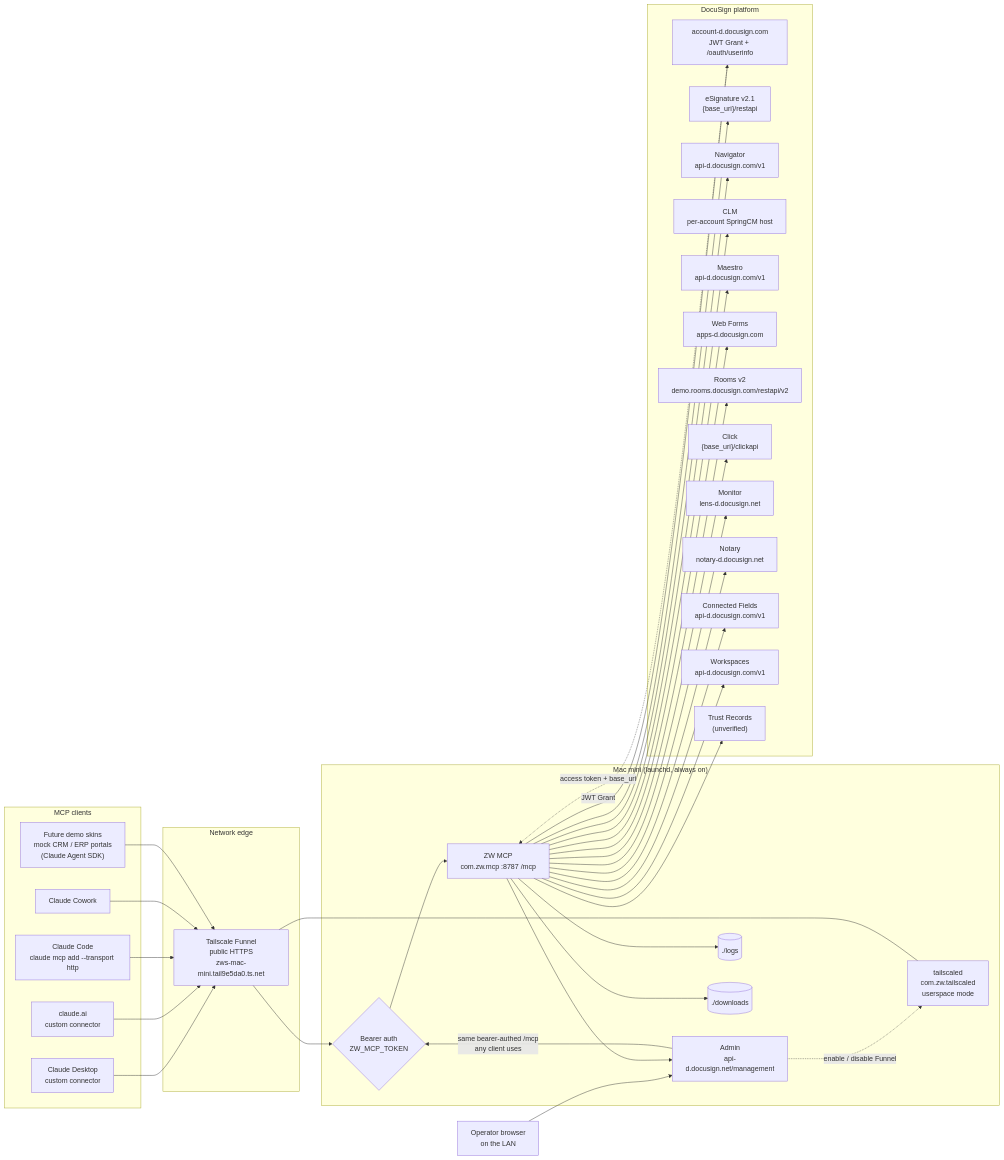
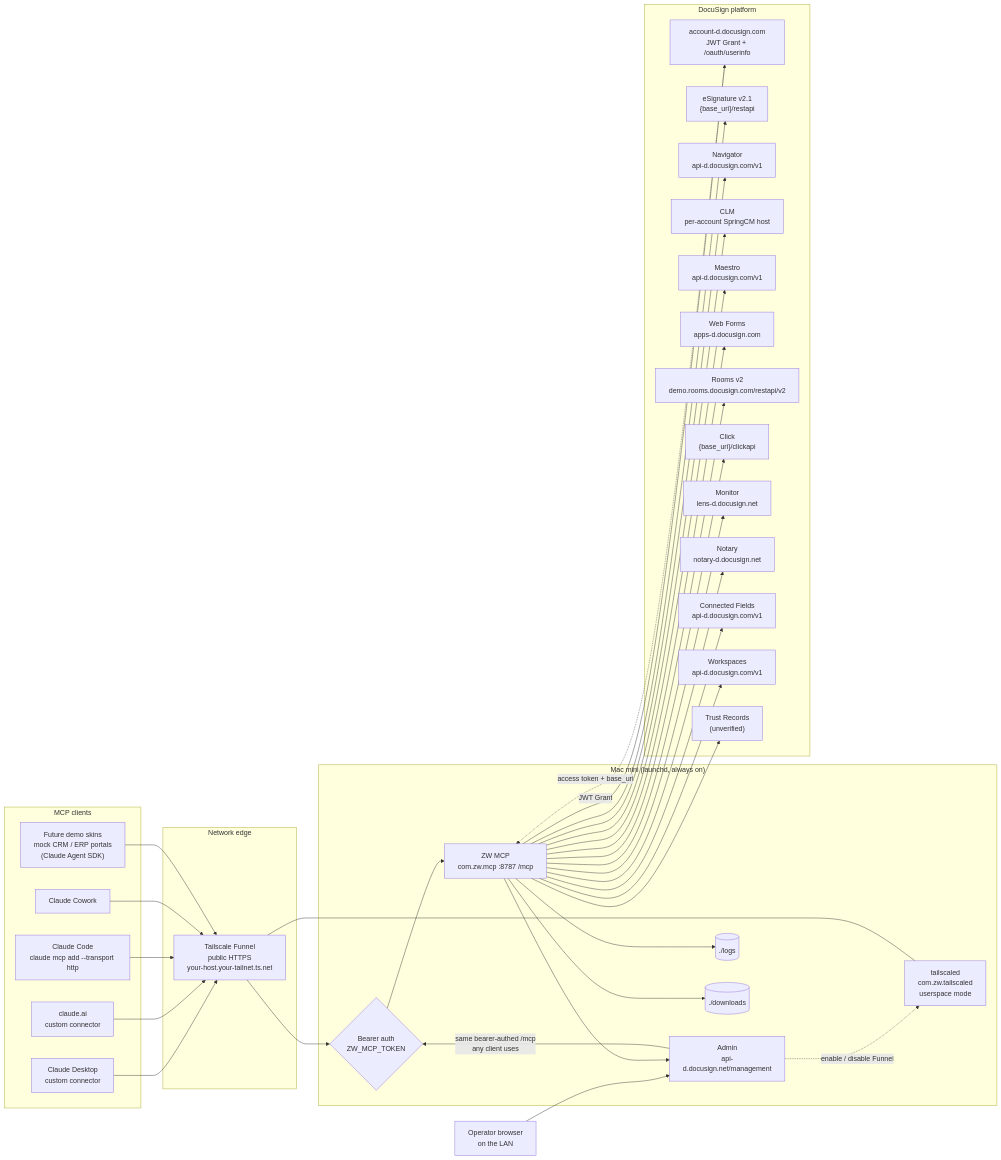
One commit to zach-woodward/zw-mcp changed the first of 3 diagrams in docs/ARCHITECTURE.md. Above: the diagram before and after it, drawn with Mermaid. The commit also changed other lines of this file and 20 other files, not shown here.

````diff
--- a/docs/ARCHITECTURE.md
+++ b/docs/ARCHITECTURE.md
@@ -17,68 +17,68 @@
 ```mermaid
 graph LR
   subgraph clients["MCP clients"]
     CD["Claude Desktop<br/>custom connector"]
     CAI["claude.ai<br/>custom connector"]
     CC["Claude Code<br/>claude mcp add --transport http"]
     COW["Claude Cowork"]
     SKIN["Future demo skins<br/>mock CRM / ERP portals<br/>(Claude Agent SDK)"]
   end
 
   subgraph edge["Network edge"]
-    TS["Tailscale Funnel<br/>public HTTPS<br/>zws-mac-mini.tail9e5da0.ts.net"]
+    TS["Tailscale Funnel<br/>public HTTPS<br/>your-host.your-tailnet.ts.net"]
   end
 
   subgraph mini["Mac mini (launchd, always on)"]
     AUTHZ{"Bearer auth<br/>ZW_MCP_TOKEN"}
     ZW["ZW MCP<br/>com.zw.mcp :8787 /mcp"]
     ADMIN["Admin console<br/>com.zw.mcp.admin :8788<br/>separate app, LAN-bound"]
     TSD["tailscaled<br/>com.zw.tailscaled<br/>userspace mode"]
     LOGS[("./logs")]
     DL[("./downloads")]
   end
 
   subgraph ds["DocuSign platform"]
     OAUTH["account-d.docusign.com<br/>JWT Grant + /oauth/userinfo"]
     ESIGN["eSignature v2.1<br/>{base_uri}/restapi"]
     NAV["Navigator<br/>api-d.docusign.com/v1"]
     CLM["CLM<br/>per-account SpringCM host"]
     MAE["Maestro<br/>api-d.docusign.com/v1"]
     WF["Web Forms<br/>apps-d.docusign.com"]
     ROOMS["Rooms v2<br/>demo.rooms.docusign.com/restapi/v2"]
     CLICK["Click<br/>{base_uri}/clickapi"]
     ADMIN["Admin<br/>api-d.docusign.net/management"]
     MON["Monitor<br/>lens-d.docusign.net"]
     NOT["Notary<br/>notary-d.docusign.net"]
     CF["Connected Fields<br/>api-d.docusign.com/v1"]
     WS["Workspaces<br/>api-d.docusign.com/v1"]
     TR["Trust Records<br/>(unverified)"]
   end
 
   CD --> TS
   CAI --> TS
   CC --> TS
   COW --> TS
   SKIN --> TS
   TS --> AUTHZ --> ZW
   LAN["Operator browser<br/>on the LAN"] --> ADMIN
   ADMIN -->|same bearer-authed /mcp<br/>any client uses| AUTHZ
   ADMIN -.->|enable / disable Funnel| TSD
   TSD --- TS
   ZW --> LOGS
   ZW --> DL
   ZW -->|JWT Grant| OAUTH
   OAUTH -.->|access token + base_uri| ZW
   ZW --> ESIGN
   ZW --> NAV
   ZW --> CLM
   ZW --> MAE
   ZW --> WF
   ZW --> ROOMS
   ZW --> CLICK
   ZW --> ADMIN
   ZW --> MON
   ZW --> NOT
   ZW --> CF
   ZW --> WS
   ZW --> TR
 ```
````
